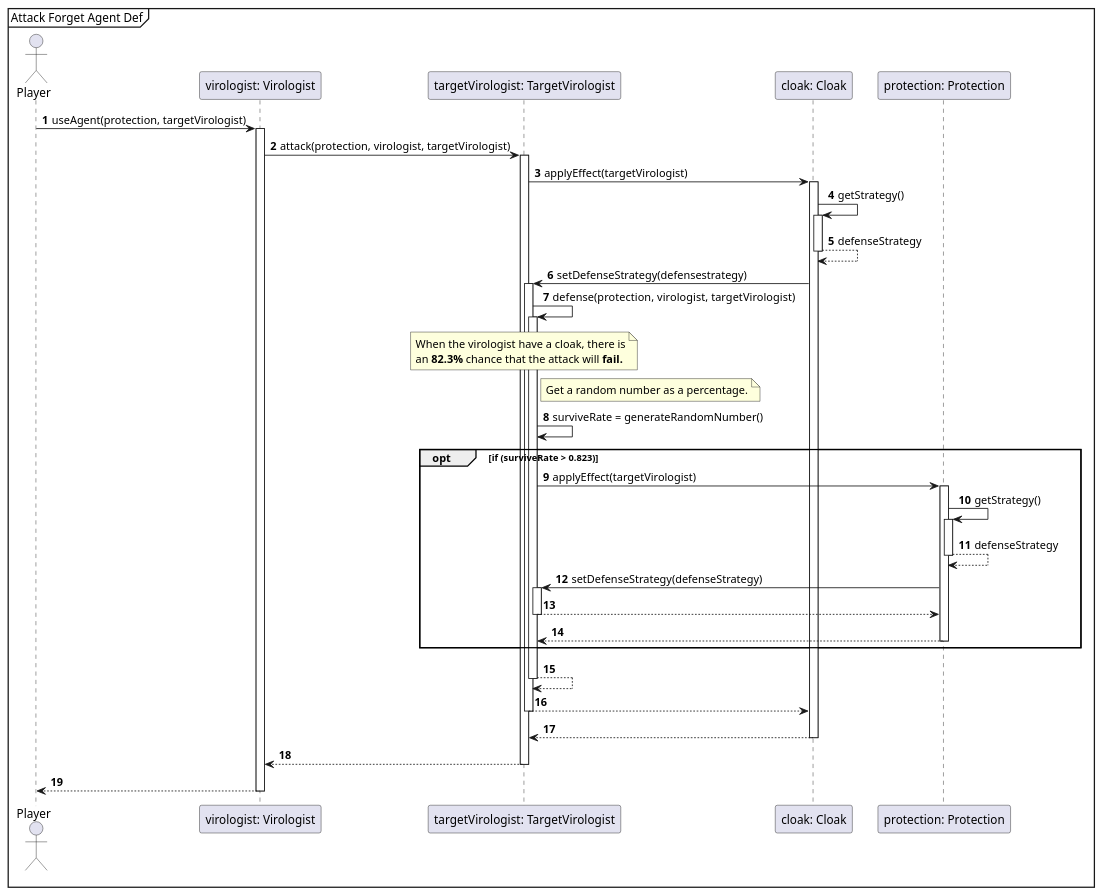
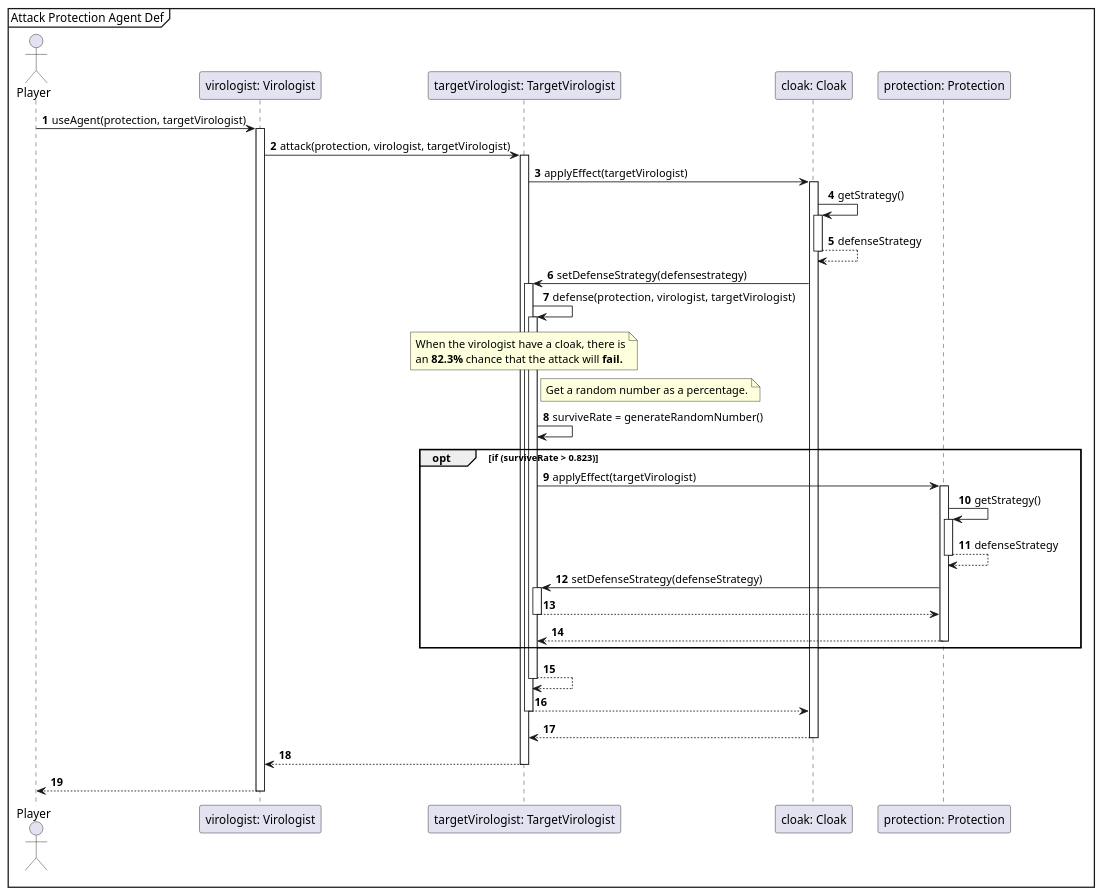
Before and after one commit to Projlab-csb/projlab-virologus: the diagram in Exact Sequence-diagrams/AttackProtectionAgentDEF.puml, drawn with PlantUML. The commit also changed 16 other files, not shown here.

```diff
--- a/Exact Sequence-diagrams/AttackProtectionAgentDEF.puml
+++ b/Exact Sequence-diagrams/AttackProtectionAgentDEF.puml
@@ -1,55 +1,55 @@
 @startuml
 'https://plantuml.com/sequence-diagram
 
 autonumber
 
-mainframe Attack Forget Agent Def
+mainframe Attack Protection Agent Def
 
 actor Player
 
 Player -> "virologist: Virologist"++: useAgent(protection, targetVirologist)
  "virologist: Virologist" -> "targetVirologist: TargetVirologist"++: attack(protection, virologist, targetVirologist)
 
  "targetVirologist: TargetVirologist" -> "cloak: Cloak" ++ : applyEffect(targetVirologist)
 
  "cloak: Cloak"  -> "cloak: Cloak" ++ : getStrategy()
  "cloak: Cloak"  --> "cloak: Cloak" -- : defenseStrategy
 
  "cloak: Cloak"  -> "targetVirologist: TargetVirologist"++: setDefenseStrategy(defensestrategy)
 
 
 "targetVirologist: TargetVirologist" -> "targetVirologist: TargetVirologist"++: defense(protection, virologist,  targetVirologist)
 
 
 note over "targetVirologist: TargetVirologist"
     When the virologist have a cloak, there is
     an **82.3%** chance that the attack will **fail.**
 end note
 
 note right of "targetVirologist: TargetVirologist"
 Get a random number as a percentage.
 end note
 
 "targetVirologist: TargetVirologist" -> "targetVirologist: TargetVirologist": surviveRate = generateRandomNumber()
 
 opt if (surviveRate > 0.823)
     "targetVirologist: TargetVirologist" -> "protection: Protection"++ : applyEffect(targetVirologist)
 
         "protection: Protection" -> "protection: Protection"++ : getStrategy()
         "protection: Protection" --> "protection: Protection"-- : defenseStrategy
 
         "protection: Protection" -> "targetVirologist: TargetVirologist"++: setDefenseStrategy(defenseStrategy)
         "targetVirologist: TargetVirologist" --> "protection: Protection"--
      "protection: Protection" --> "targetVirologist: TargetVirologist"--
 end opt
 
 "targetVirologist: TargetVirologist" --> "targetVirologist: TargetVirologist" --
 
 "targetVirologist: TargetVirologist" --> "cloak: Cloak" --
 "cloak: Cloak" --> "targetVirologist: TargetVirologist" --
 
 
 "targetVirologist: TargetVirologist" --> "virologist: Virologist" --
 
 "virologist: Virologist" --> Player --
 @enduml
```
